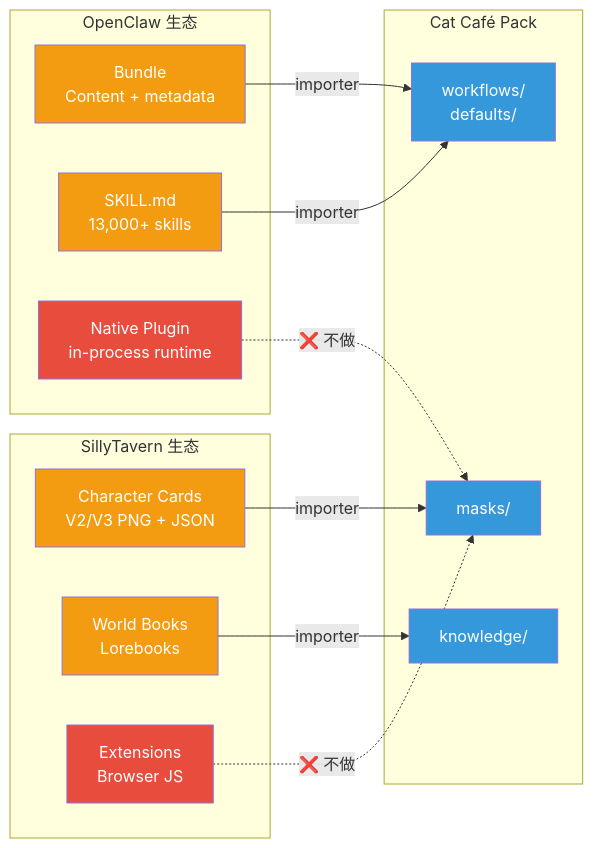
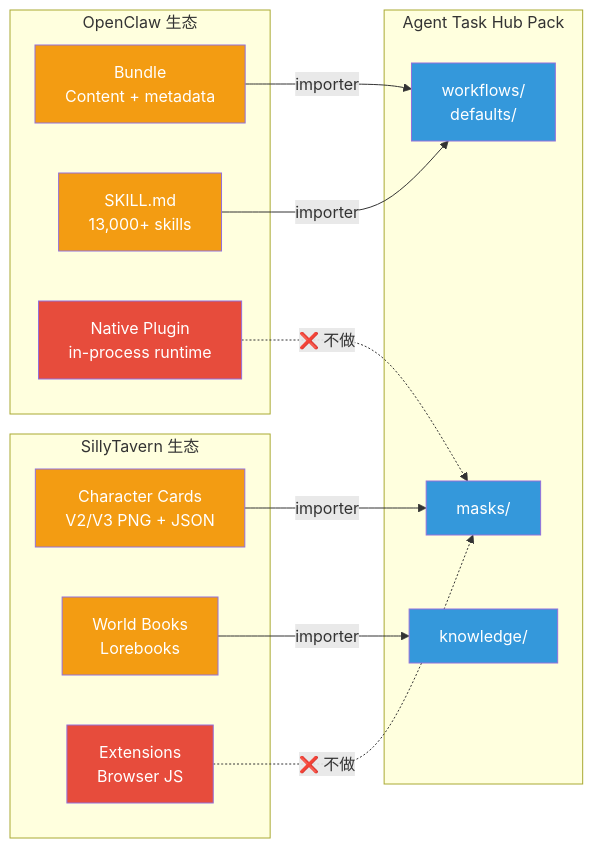
Before and after one commit to changhuaqiu/agent-task-team: the fourth of 5 diagrams in decisions/021-f129-pack-system-architecture.md, drawn with Mermaid. The commit also changed other lines of this file and 227 other files, not shown here.

Commit message:
refactor: remove all cafe and cat references, replace with agent concepts

````diff
--- a/decisions/021-f129-pack-system-architecture.md
+++ b/decisions/021-f129-pack-system-architecture.md
@@ -175,37 +175,37 @@
 ```mermaid
 graph LR
     subgraph "OpenClaw 生态"
         OB["Bundle<br/>Content + metadata"]
         OS["SKILL.md<br/>13,000+ skills"]
         ON["Native Plugin<br/>in-process runtime"]
     end
 
     subgraph "SillyTavern 生态"
         SC["Character Cards<br/>V2/V3 PNG + JSON"]
         SW["World Books<br/>Lorebooks"]
         SE["Extensions<br/>Browser JS"]
     end
 
-    subgraph "Cat Café Pack"
+    subgraph "Agent Task Hub Pack"
         PM["masks/"]
         PW["workflows/<br/>defaults/"]
         PK["knowledge/"]
     end
 
     OB -->|"importer"| PW
     OS -->|"importer"| PW
     ON -.->|"❌ 不做"| PM
     SC -->|"importer"| PM
     SW -->|"importer"| PK
     SE -.->|"❌ 不做"| PM
 
     style ON fill:#e74c3c,color:#fff
     style SE fill:#e74c3c,color:#fff
     style OB fill:#f39c12,color:#fff
     style OS fill:#f39c12,color:#fff
     style SC fill:#f39c12,color:#fff
     style SW fill:#f39c12,color:#fff
     style PM fill:#3498db,color:#fff
     style PW fill:#3498db,color:#fff
     style PK fill:#3498db,color:#fff
 ```
````
